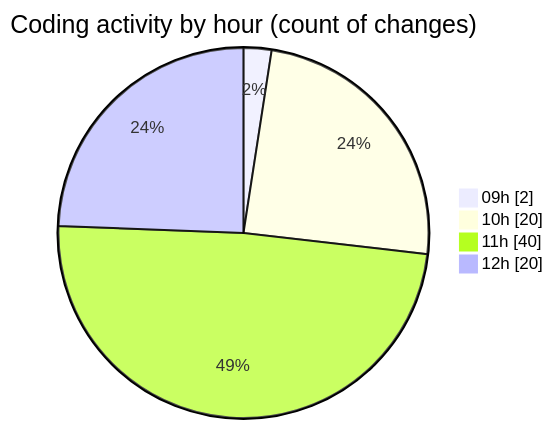
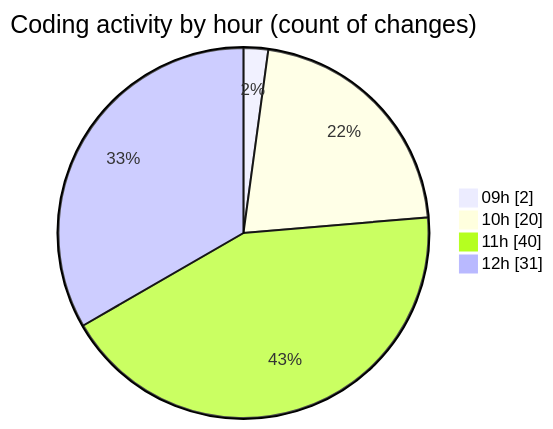
The second of 2 diagrams in 2025-06-13/cda/README.md (momahboobian/code-tracking), drawn with Mermaid before and after one commit. The commit also changed other lines of this file and 1 other file, not shown here.

````diff
--- a/2025-06-13/cda/README.md
+++ b/2025-06-13/cda/README.md
@@ -33,8 +33,8 @@
 ```mermaid
 pie showData
 title Coding activity by hour (count of changes)
 "09h" : 2
 "10h" : 20
 "11h" : 40
-"12h" : 20
+"12h" : 31
 ```
````
